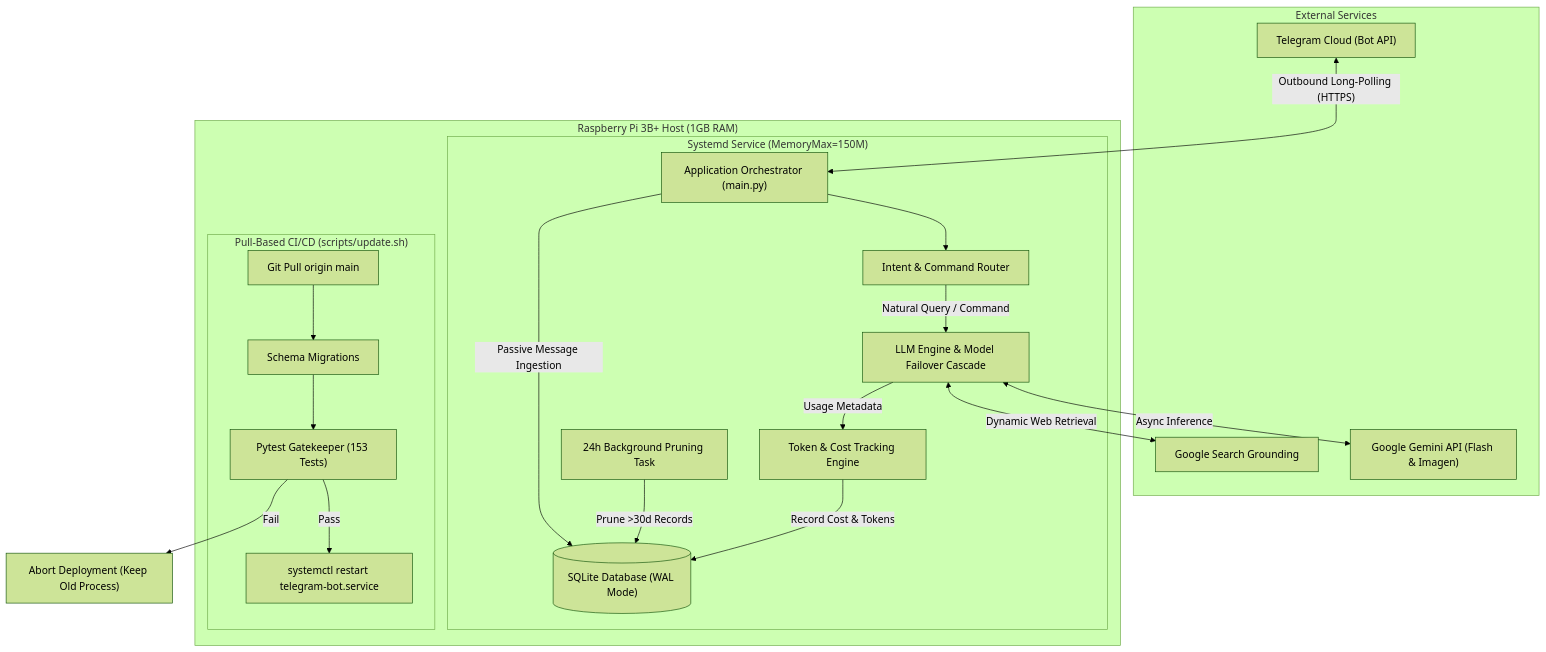
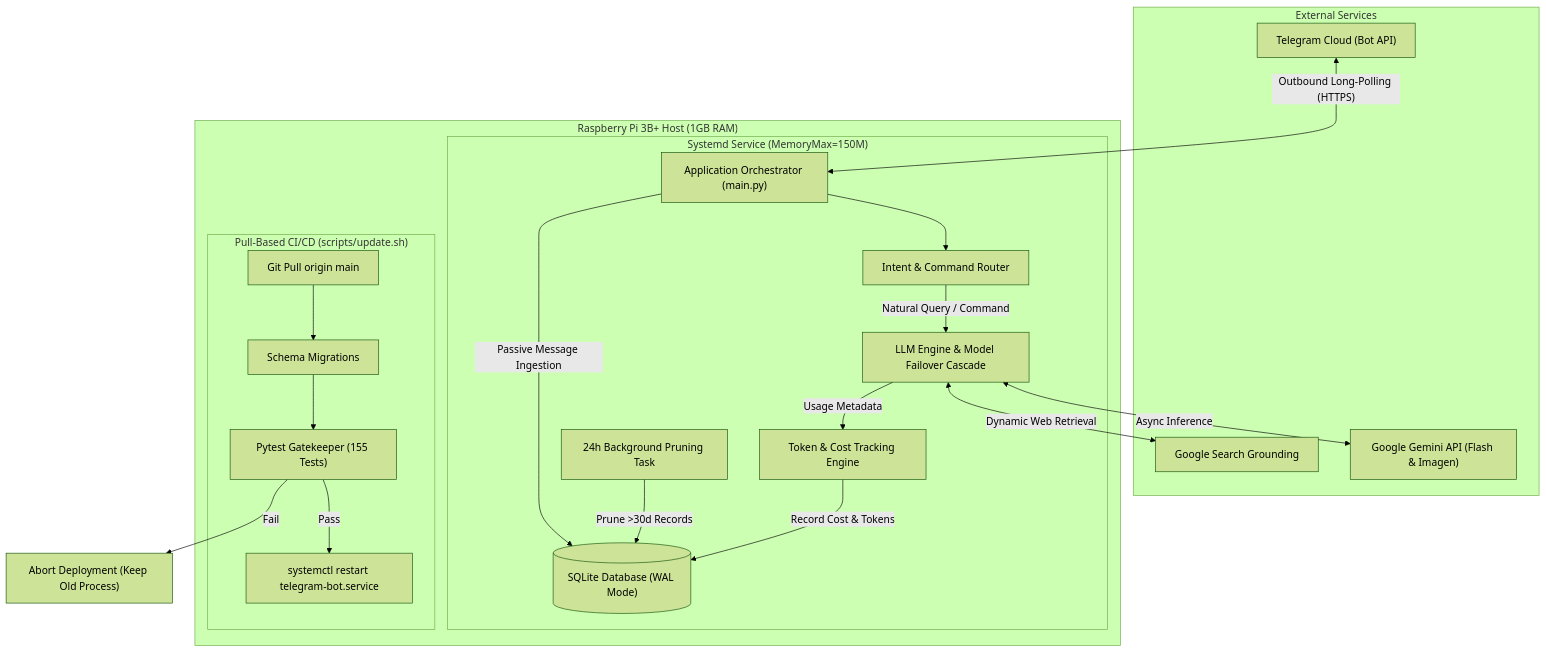
The first of 2 diagrams in README.md (TheLogDuck/pi-telegram-chat-bot), drawn with Mermaid (forest theme) before and after one commit. The commit also changed other lines of this file and 18 other files, not shown here.

````diff
--- a/README.md
+++ b/README.md
@@ -34,40 +34,40 @@
 ```mermaid
 flowchart TD
     subgraph External ["External Services"]
         TG["Telegram Cloud (Bot API)"]
         GEMINI["Google Gemini API (Flash & Imagen)"]
         GSEARCH["Google Search Grounding"]
     end
 
     subgraph EdgeDevice ["Raspberry Pi 3B+ Host (1GB RAM)"]
         subgraph SystemdUnit ["Systemd Service (MemoryMax=150M)"]
             APP["Application Orchestrator (main.py)"]
             ROUTER["Intent & Command Router"]
             LLM_ENGINE["LLM Engine & Model Failover Cascade"]
             TELEMETRY["Token & Cost Tracking Engine"]
             DB_ENGINE[("SQLite Database (WAL Mode)")]
             CLEANUP["24h Background Pruning Task"]
         end
 
         subgraph CICD ["Pull-Based CI/CD (scripts/update.sh)"]
             GIT["Git Pull origin main"]
             MIGRATE["Schema Migrations"]
-            PYTEST["Pytest Gatekeeper (153 Tests)"]
+            PYTEST["Pytest Gatekeeper (155 Tests)"]
             RELOAD["systemctl restart telegram-bot.service"]
         end
     end
 
     TG <-->|"Outbound Long-Polling (HTTPS)"| APP
     APP --> ROUTER
     ROUTER -->|"Natural Query / Command"| LLM_ENGINE
     LLM_ENGINE <-->|"Async Inference"| GEMINI
     LLM_ENGINE <-->|"Dynamic Web Retrieval"| GSEARCH
     LLM_ENGINE -->|"Usage Metadata"| TELEMETRY
     TELEMETRY -->|"Record Cost & Tokens"| DB_ENGINE
     APP -->|"Passive Message Ingestion"| DB_ENGINE
     CLEANUP -->|"Prune >30d Records"| DB_ENGINE
 
     GIT --> MIGRATE --> PYTEST
     PYTEST -->|"Pass"| RELOAD
     PYTEST -->|"Fail"| ABORT["Abort Deployment (Keep Old Process)"]
 ```
````
